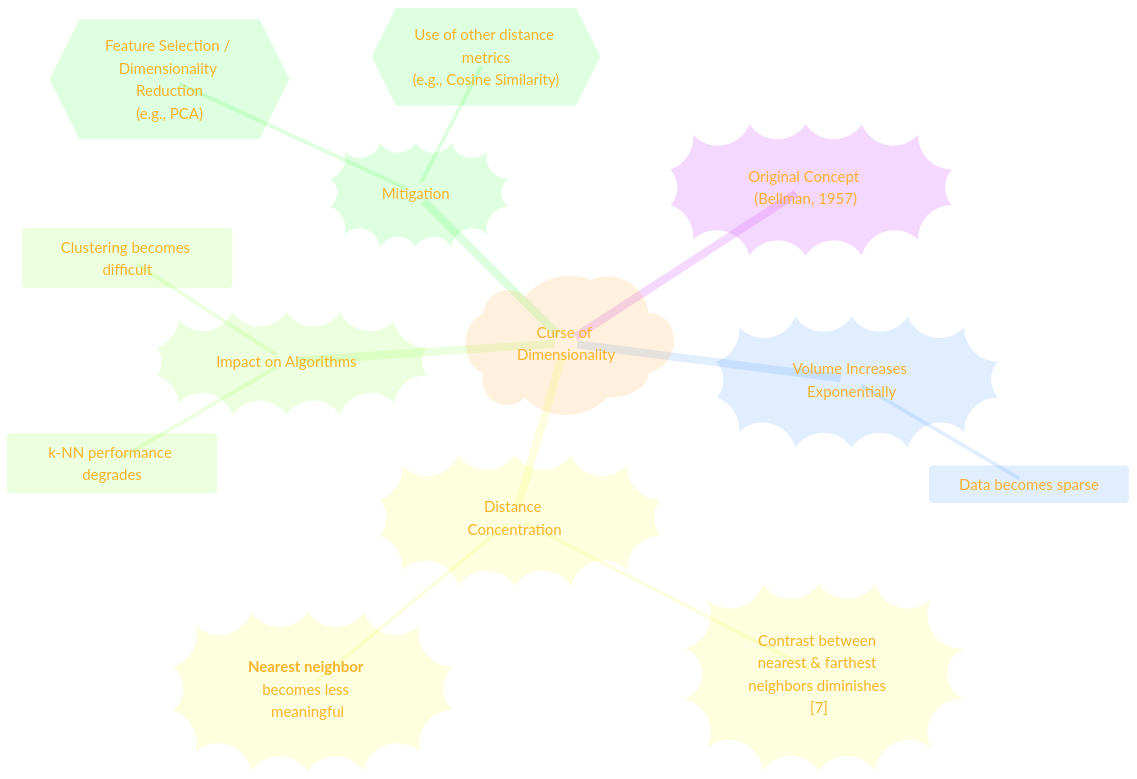
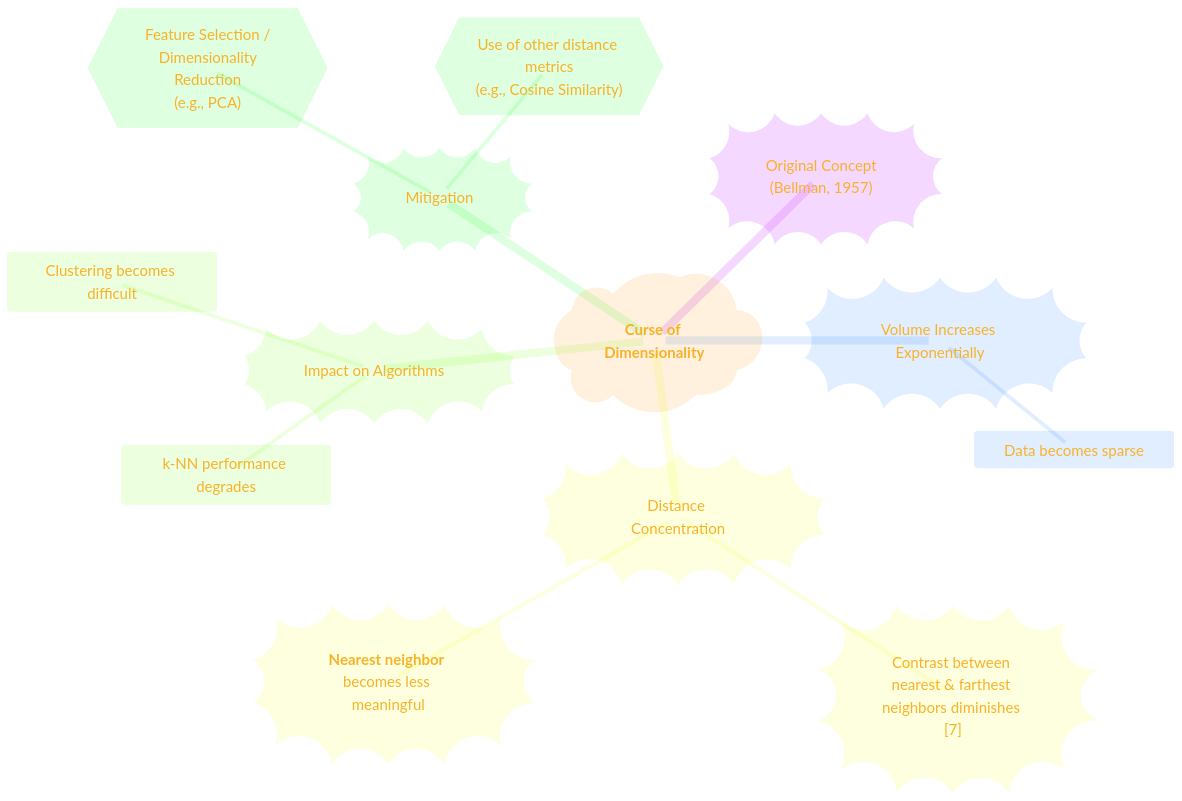
Before and after one commit to CongLeSolutionX/Harmonic_Atomica: the fifth of 7 diagrams in Distance_Similarity_Metrics/Euclidean_Distance.md, drawn with Mermaid. The commit also changed other lines of this file, not shown here.

````diff
--- a/Distance_Similarity_Metrics/Euclidean_Distance.md
+++ b/Distance_Similarity_Metrics/Euclidean_Distance.md
@@ -347,45 +347,45 @@
 ```mermaid
 ---
 title: "The Challenge: The Curse of Dimensionality"
 author: "Cong Le"
 version: "1.0"
 license(s): "MIT, CC BY-SA 4.0"
 copyright: "Copyright © 2025 Cong Le. All Rights Reserved."
 config:
   theme: base
 ---
 %%%%%%%% Mermaid version v11.4.1-b.14
 %%{
   init: {
     'fontFamily': 'American Typewriter, monospace',
     'logLevel': 'fatal',
     'mindmap': {
 	    'nodeAlign': 'center',
 	    'padding': 20
     },
     'themeVariables': {
       'primaryColor': '#FC82',
       'primaryTextColor': '#F8B229',
       'primaryBorderColor': '#27AE60',
       'secondaryColor': '#EBF3',
       'secondaryTextColor': '#6C3483',
       'secondaryBorderColor': '#A569BD',
       'fontSize': '20px'
     }
   }
 }%%
 mindmap
-  root)"Curse of Dimensionality"(
-    Original_Concept))"Original Concept (Bellman, 1957)"((
+  root)"**Curse of Dimensionality**"(
+    Original_Concept))"Original Concept<br/>(Bellman, 1957)"((
     Volume_Increases_Exponentially))"Volume Increases Exponentially"((
       Data becomes sparse
     Distance_Concentration))"Distance Concentration"((
       Contrast_between_nearest_farthest_neighbors))"Contrast between nearest & farthest neighbors diminishes [7]"((
       Nearest_neighbor))"**Nearest neighbor** becomes less meaningful"((
     Impact_on_Algorithms))"Impact on Algorithms"((
       k-NN performance degrades
       Clustering becomes difficult
     Mitigation))"Mitigation"((
-      Feature_Selection_or_Dimensionality_Reduction{{"Feature Selection / Dimensionality Reduction<br/>(e.g., PCA)"}}
+      Feature_Selection_or_Dimensionality_Reduction{{"Feature Selection /<br/> Dimensionality Reduction<br/>(e.g., PCA)"}}
       Use_of_other_distance_metrics{{"Use of other distance metrics<br/>(e.g., Cosine Similarity)"}}
 ```
````
